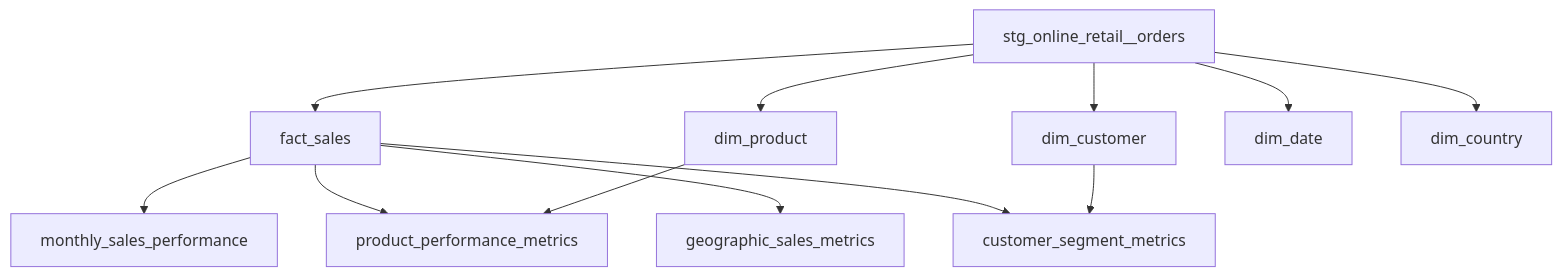
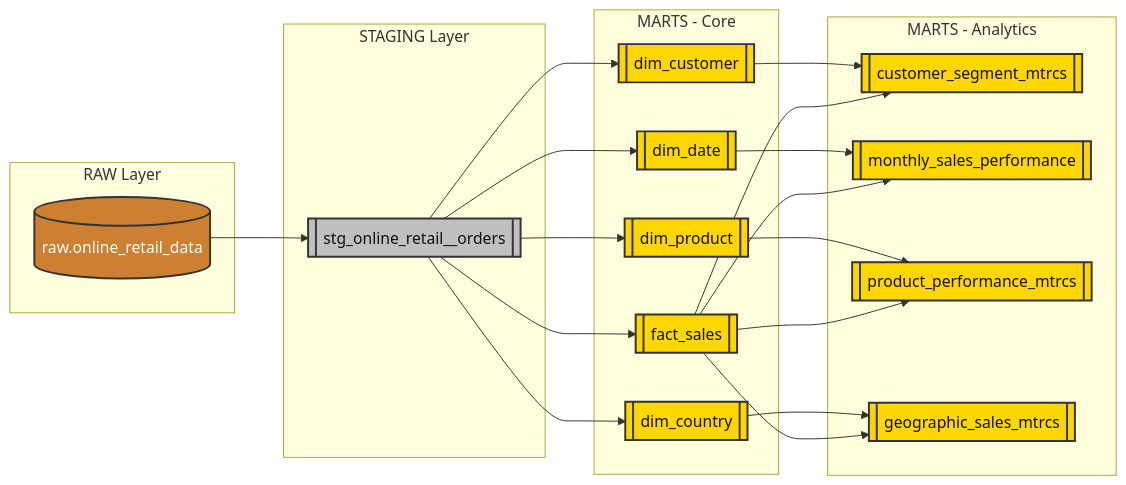
One commit to Trieu212203/Ecommerce-Customer-Analytics-dbt changed the diagram in README.md. Above: the diagram before and after it, drawn with Mermaid.

````diff
--- a/README.md
+++ b/README.md
@@ -70,15 +70,69 @@
 ```mermaid
-graph TD
-    A[stg_online_retail__orders] --> B[fact_sales]
-    A --> C[dim_customer]
-    A --> D[dim_product]
-    A --> E[dim_date]
-    A --> F[dim_country]
+graph LR
+    %% ======================
+    %% Bronze Layer
+    %% ======================
+    subgraph Bronze [RAW Layer]
+        A[(raw.online_retail_data)]
+    end
 
-    B --> G[monthly_sales_performance]
-    B --> H[product_performance_metrics]
-    B --> I[geographic_sales_metrics]
-    B --> J[customer_segment_metrics]
-    C --> J
-    D --> H
+    %% ======================
+    %% Silver Layer
+    %% ======================
+    subgraph Silver [STAGING Layer]
+        B[[stg_online_retail__orders]]
+        A --> B
+    end
+
+    %% ======================
+    %% Gold - Core
+    %% ======================
+    subgraph Gold_Core [MARTS - Core]
+        C[[dim_customer]]
+        D[[dim_date]]
+        E[[dim_product]]
+        F[[dim_country]]
+        G[[fact_sales]]
+
+        B --> C
+        B --> D
+        B --> E
+        B --> F
+        B --> G
+    end
+
+    %% ======================
+    %% Gold - Analytics
+    %% ======================
+    subgraph Gold_Analytics [MARTS - Analytics]
+        H[[customer_segment_mtrcs ]]
+        I[[monthly_sales_performance ]]
+        J[[product_performance_mtrcs]]
+        K[[geographic_sales_mtrcs ]]
+
+        %% dependencies
+        C --> H
+        G --> H
+
+        D --> I
+        G --> I
+
+        E --> J
+        G --> J
+
+        F --> K
+        G --> K
+    end
+
+    %% ======================
+    %% Styling
+    %% ======================
+    classDef raw fill:#cd7f32,stroke:#333,stroke-width:2px,color:#fff;
+    classDef stg fill:#c0c0c0,stroke:#333,stroke-width:2px,color:#111;
+    classDef mart fill:#ffd700,stroke:#333,stroke-width:2px,color:#111;
+
+    class A raw;
+    class B stg;
+    class C,D,E,F,G mart;
+    class H,I,J,K mart;
 ```
````
